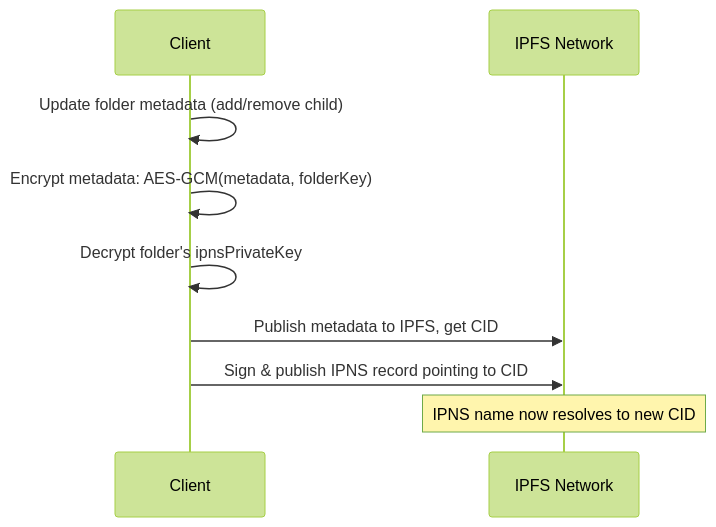
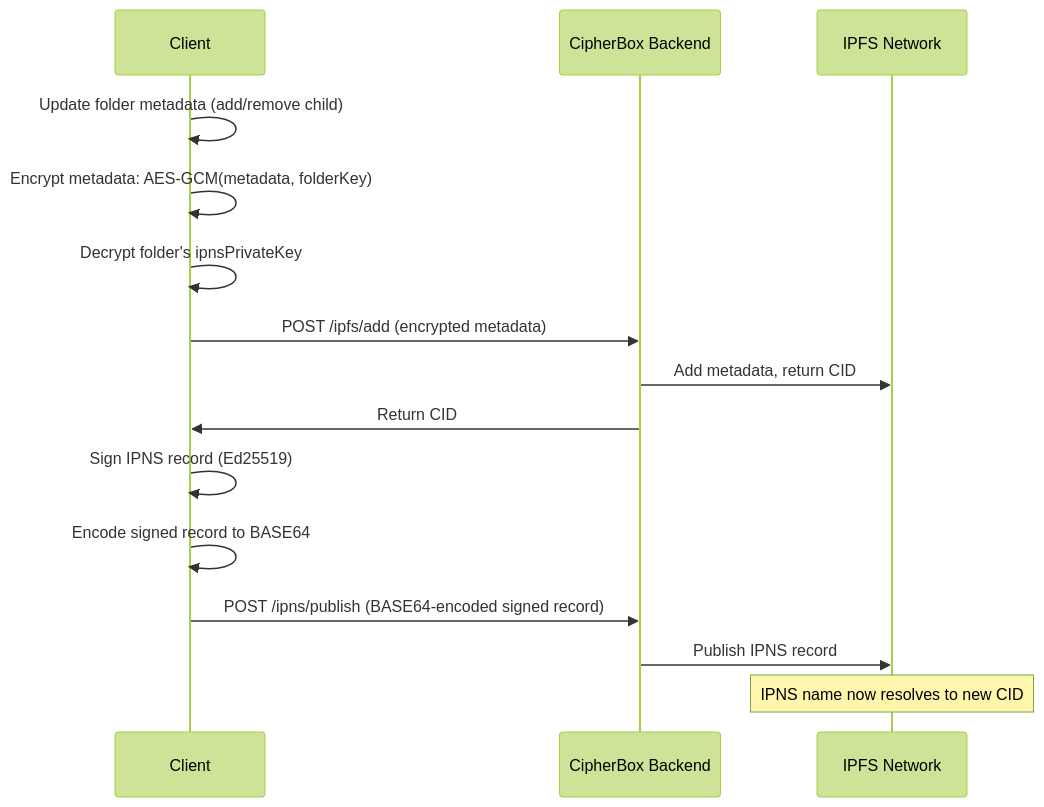
Before and after one commit to FSM1/cipher-box: the second of 3 diagrams in Documentation/TECHNICAL_ARCHITECTURE.md, drawn with Mermaid (forest theme). The commit also changed other lines of this file and 8 other files, not shown here.

First line of the commit message:
Add IPFS/IPNS relay endpoint details (#4)

````diff
--- a/Documentation/TECHNICAL_ARCHITECTURE.md
+++ b/Documentation/TECHNICAL_ARCHITECTURE.md
@@ -416,12 +417,18 @@
 ```mermaid
 sequenceDiagram
     participant C as Client
+    participant B as CipherBox Backend
     participant IPFS as IPFS Network
     
     C->>C: Update folder metadata (add/remove child)
     C->>C: Encrypt metadata: AES-GCM(metadata, folderKey)
     C->>C: Decrypt folder's ipnsPrivateKey
-    C->>IPFS: Publish metadata to IPFS, get CID
-    C->>IPFS: Sign & publish IPNS record pointing to CID
+  C->>B: POST /ipfs/add (encrypted metadata)
+  B->>IPFS: Add metadata, return CID
+  B->>C: Return CID
+  C->>C: Sign IPNS record (Ed25519)
+  C->>C: Encode signed record to BASE64
+  C->>B: POST /ipns/publish (BASE64-encoded signed record)
+  B->>IPFS: Publish IPNS record
     Note over IPFS: IPNS name now resolves to new CID
 ```
````
